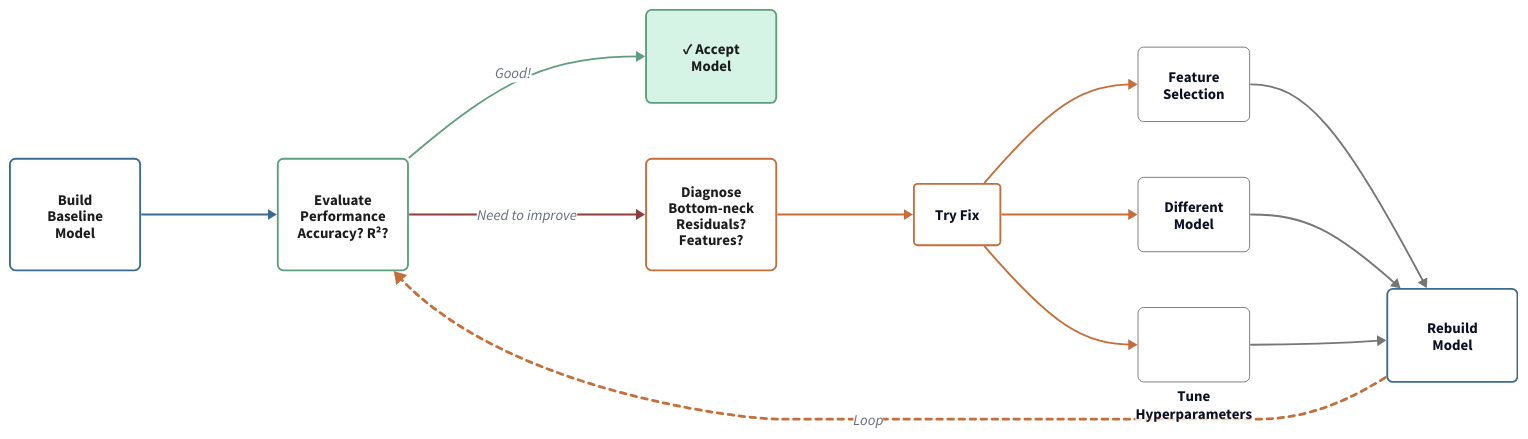
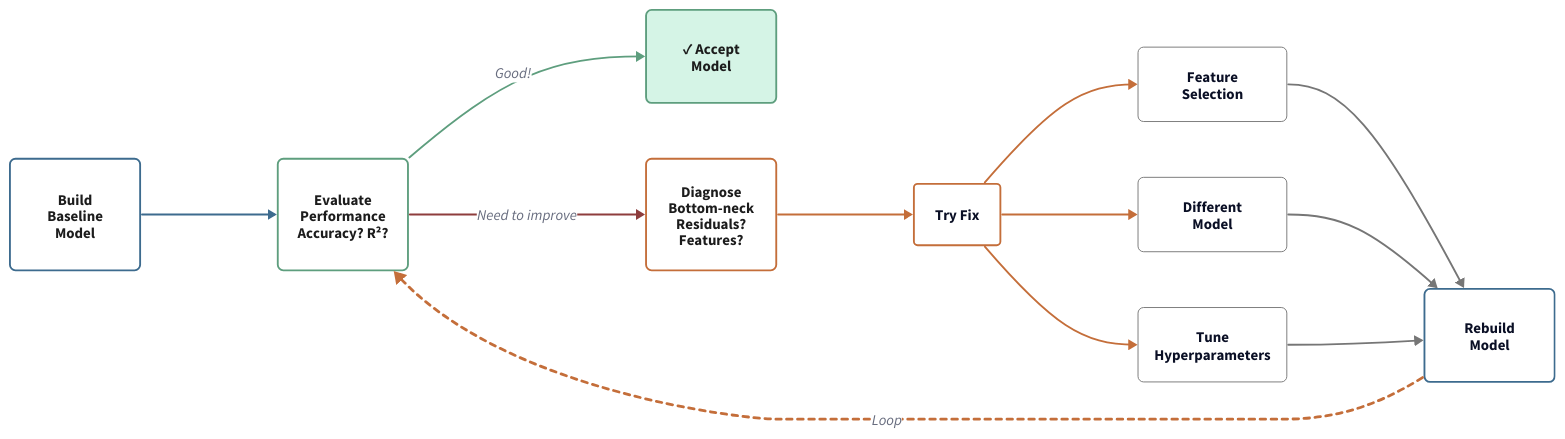
Before and after one commit to dannycab/MSU_REU_ML_course: the diagram in slides/figures/d2/model-iteration-loop.d2, drawn with D2. The commit also changed 39 other files, not shown here.

```diff
--- a/slides/figures/d2/model-iteration-loop.d2
+++ b/slides/figures/d2/model-iteration-loop.d2
@@ -1,107 +1,107 @@
 # Model Improvement Loop: The iterative process
 
 direction: right
 
 # Start
 baseline: "Build\nBaseline\nModel" {
   style.fill: "transparent"
   style.stroke: "#3D6B8E"
   style.font-color: "#1C1C1C"
   style.border-radius: 6
   style.stroke-width: 2
   width: 140
   height: 120
 }
 
 baseline -> evaluate: {style.stroke: "#3D6B8E"; style.stroke-width: 2}
 
 # Evaluate
 evaluate: "Evaluate\nPerformance\nAccuracy? R²?" {
   style.fill: "transparent"
   style.stroke: "#5E9E7E"
   style.font-color: "#1C1C1C"
   style.border-radius: 6
   style.stroke-width: 2
   width: 140
   height: 120
 }
 
 evaluate -> good: {style.stroke: "#5E9E7E"; style.stroke-width: 2; label: "Good!"}
 evaluate -> bad: {style.stroke: "#8E3D3D"; style.stroke-width: 2; label: "Need to improve"}
 
 # Good outcome
 good: "✓ Accept\nModel" {
   style.fill: "#d5f4e6"
   style.stroke: "#5E9E7E"
   style.font-color: "#1C1C1C"
   style.border-radius: 6
   style.stroke-width: 2
   width: 140
   height: 100
 }
 
 # Diagnose
 bad: "Diagnose\nBottom-neck\nResiduals?\nFeatures?" {
   style.fill: "transparent"
   style.stroke: "#C46E3A"
   style.font-color: "#1C1C1C"
   style.border-radius: 6
   style.stroke-width: 2
   width: 140
   height: 120
 }
 
 bad -> improve: {style.stroke: "#C46E3A"; style.stroke-width: 2}
 
 # Improvement options
 improve: "Try Fix" {
   style.fill: "transparent"
   style.stroke: "#C46E3A"
   style.border-radius: 4
 }
 
 improve -> f1: {style.stroke: "#C46E3A"}
 improve -> f2: {style.stroke: "#C46E3A"}
 improve -> f3: {style.stroke: "#C46E3A"}
 
 f1: "Feature\nSelection" {
   style.fill: "transparent"
   style.stroke: "#767676"
   style.border-radius: 6
   style.stroke-width: 1
-  width: 120
+  width: 160
   height: 80
 }
 
 f2: "Different\nModel" {
   style.fill: "transparent"
   style.stroke: "#767676"
   style.border-radius: 6
   style.stroke-width: 1
-  width: 120
+  width: 160
   height: 80
 }
 
 f3: "Tune\nHyperparameters" {
   style.fill: "transparent"
   style.stroke: "#767676"
   style.border-radius: 6
   style.stroke-width: 1
-  width: 120
+  width: 160
   height: 80
 }
 
 f1 -> new_model: {style.stroke: "#767676"}
 f2 -> new_model: {style.stroke: "#767676"}
 f3 -> new_model: {style.stroke: "#767676"}
 
 new_model: "Rebuild\nModel" {
   style.fill: "transparent"
   style.stroke: "#3D6B8E"
   style.border-radius: 6
   style.stroke-width: 2
   width: 140
   height: 100
 }
 
 new_model -> evaluate: {style.stroke: "#C46E3A"; style.stroke-width: 3; style.stroke-dash: 2; label: "Loop"}
```
